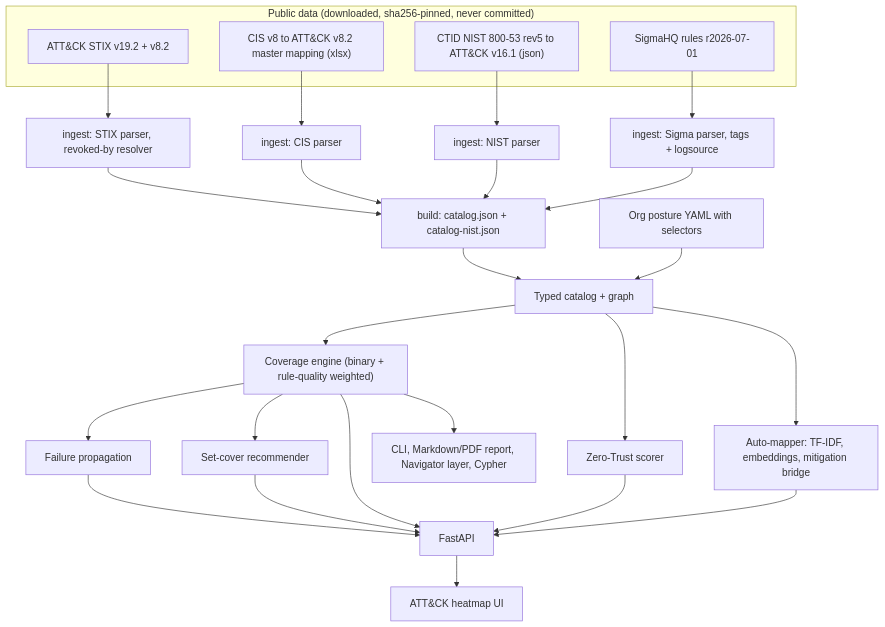
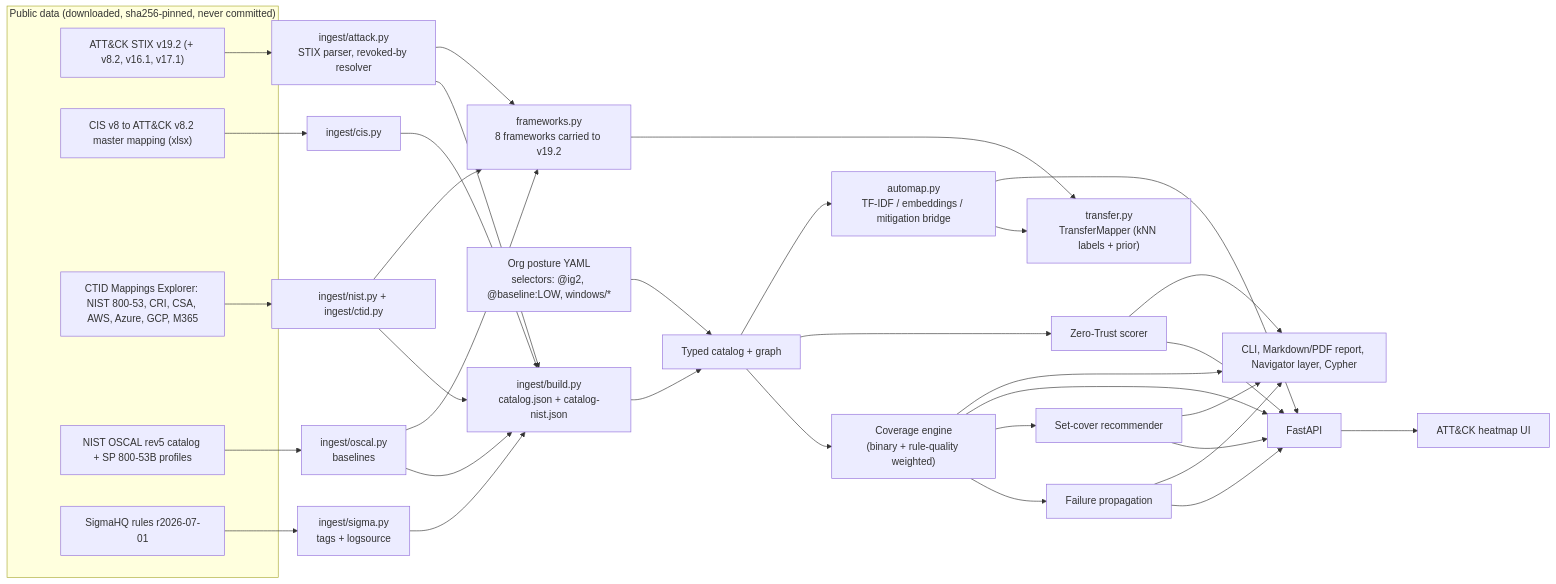
One commit to rakshit-737/vantage changed the diagram in docs/architecture.md. Above: the diagram before and after it, drawn with Mermaid. The commit also changed other lines of this file and 5 other files, not shown here.

````diff
--- a/docs/architecture.md
+++ b/docs/architecture.md
@@ -3,31 +3,29 @@
 ```mermaid
-flowchart TB
+flowchart LR
   subgraph DATA["Public data (downloaded, sha256-pinned, never committed)"]
-    A["ATT&CK STIX v19.2 + v8.2"]
+    A["ATT&CK STIX v19.2 (+ v8.2, v16.1, v17.1)"]
     C["CIS v8 to ATT&CK v8.2 master mapping (xlsx)"]
-    N["CTID NIST 800-53 rev5 to ATT&CK v16.1 (json)"]
+    N["CTID Mappings Explorer: NIST 800-53, CRI, CSA, AWS, Azure, GCP, M365"]
+    OS["NIST OSCAL rev5 catalog + SP 800-53B profiles"]
     S["SigmaHQ rules r2026-07-01"]
   end
-  A --> I["ingest: STIX parser, revoked-by resolver"]
-  C --> I2["ingest: CIS parser"]
-  N --> I4["ingest: NIST parser"]
-  S --> I3["ingest: Sigma parser, tags + logsource"]
-  I --> B["build: catalog.json + catalog-nist.json"]
-  I2 --> B
-  I3 --> B
-  I4 --> B
-  O["Org posture YAML with selectors"] --> E
+  A --> I["ingest/attack.py<br/>STIX parser, revoked-by resolver"]
+  C --> I2["ingest/cis.py"]
+  N --> I4["ingest/nist.py + ingest/ctid.py"]
+  OS --> I5["ingest/oscal.py<br/>baselines"]
+  S --> I3["ingest/sigma.py<br/>tags + logsource"]
+  I & I2 & I3 & I4 & I5 --> B["ingest/build.py<br/>catalog.json + catalog-nist.json"]
+  O["Org posture YAML<br/>selectors: @ig2, @baseline:LOW, windows/*"] --> E
   B --> E["Typed catalog + graph"]
-  E --> CE["Coverage engine (binary + rule-quality weighted)"]
+  E --> CE["Coverage engine<br/>(binary + rule-quality weighted)"]
   CE --> FP["Failure propagation"]
   CE --> RC["Set-cover recommender"]
   E --> ZT["Zero-Trust scorer"]
-  E --> AM["Auto-mapper: TF-IDF, embeddings, mitigation bridge"]
-  CE --> API["FastAPI"]
-  FP --> API
-  RC --> API
-  ZT --> API
-  AM --> API
+  E --> AM["automap.py<br/>TF-IDF / embeddings / mitigation bridge"]
+  I & I4 & I5 --> FW["frameworks.py<br/>8 frameworks carried to v19.2"]
+  FW --> TR["transfer.py<br/>TransferMapper (kNN labels + prior)"]
+  AM --> TR
+  CE & FP & RC & ZT & AM --> API["FastAPI"]
   API --> UI["ATT&CK heatmap UI"]
-  CE --> R["CLI, Markdown/PDF report, Navigator layer, Cypher"]
+  CE & FP & RC & ZT --> R["CLI, Markdown/PDF report, Navigator layer, Cypher"]
 ```
````
